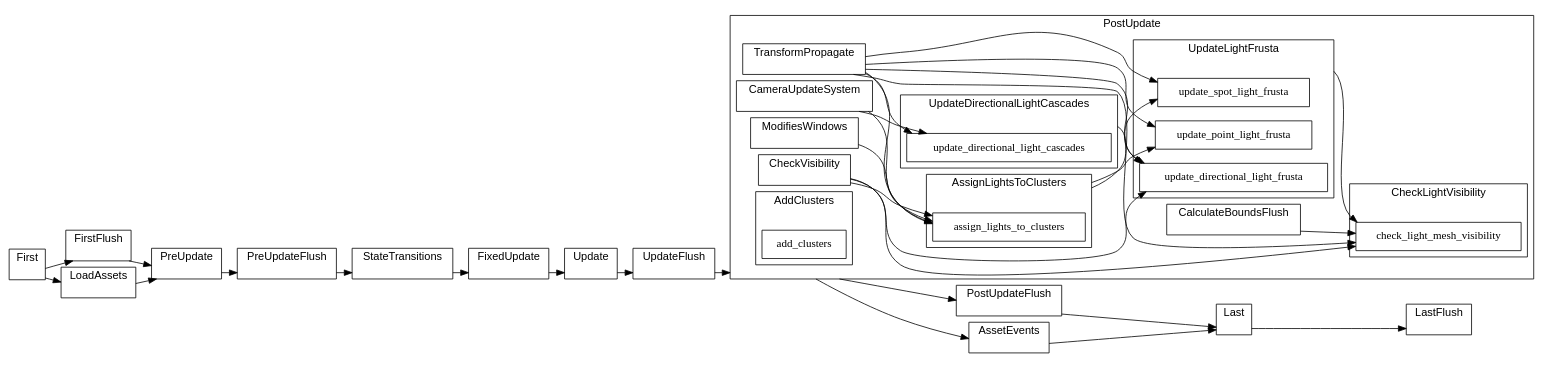
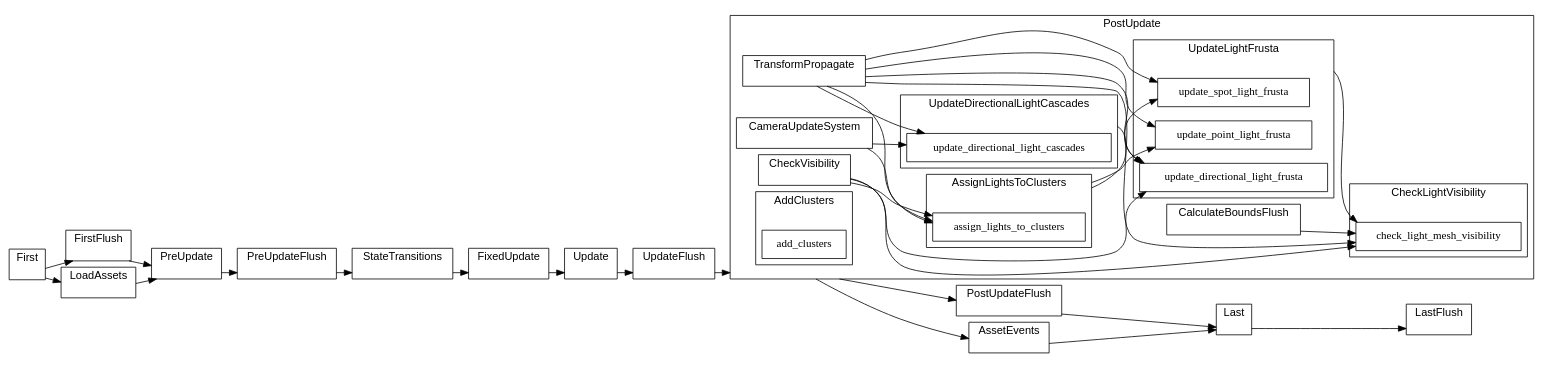
The diagram in docs/by-crate/light/schedule_Main_bevy_pbr.dot (jakobhellermann/bevy_mod_debugdump), drawn with Graphviz before and after one commit. The commit also changed 35 other files, not shown here.

```diff
--- a/docs/by-crate/light/schedule_Main_bevy_pbr.dot
+++ b/docs/by-crate/light/schedule_Main_bevy_pbr.dot
@@ -1,192 +1,185 @@
 digraph "schedule" {
 	"compound"="true";
 	"splines"="spline";
 	"rankdir"="LR";
 	"bgcolor"="white";
 	"fontname"="Helvetica";
 	node ["shape"="box", "style"="filled", "fillcolor"="white", "color"="black"];
 	edge ["color"="black"];
 	subgraph "clusternode_Set(0)" {
 		"label"="Update";
 		"bgcolor"="white";
 		"set_marker_node_Set(0)" ["style"="invis", "label"="", "height"="0", "shape"="point"]
 	}
 	
 	subgraph "clusternode_Set(2)" {
 		"label"="FirstFlush";
 		"bgcolor"="white";
 		"set_marker_node_Set(2)" ["style"="invis", "label"="", "height"="0", "shape"="point"]
 	}
 	
 	subgraph "clusternode_Set(3)" {
 		"label"="PreUpdateFlush";
 		"bgcolor"="white";
 		"set_marker_node_Set(3)" ["style"="invis", "label"="", "height"="0", "shape"="point"]
 	}
 	
 	subgraph "clusternode_Set(4)" {
 		"label"="UpdateFlush";
 		"bgcolor"="white";
 		"set_marker_node_Set(4)" ["style"="invis", "label"="", "height"="0", "shape"="point"]
 	}
 	
 	subgraph "clusternode_Set(5)" {
 		"label"="PostUpdateFlush";
 		"bgcolor"="white";
 		"set_marker_node_Set(5)" ["style"="invis", "label"="", "height"="0", "shape"="point"]
 	}
 	
 	subgraph "clusternode_Set(6)" {
 		"label"="LastFlush";
 		"bgcolor"="white";
 		"set_marker_node_Set(6)" ["style"="invis", "label"="", "height"="0", "shape"="point"]
 	}
 	
 	subgraph "clusternode_Set(7)" {
 		"label"="First";
 		"bgcolor"="white";
 		"set_marker_node_Set(7)" ["style"="invis", "label"="", "height"="0", "shape"="point"]
 	}
 	
 	subgraph "clusternode_Set(8)" {
 		"label"="PreUpdate";
 		"bgcolor"="white";
 		"set_marker_node_Set(8)" ["style"="invis", "label"="", "height"="0", "shape"="point"]
 	}
 	
 	subgraph "clusternode_Set(9)" {
 		"label"="StateTransitions";
 		"bgcolor"="white";
 		"set_marker_node_Set(9)" ["style"="invis", "label"="", "height"="0", "shape"="point"]
 	}
 	
 	subgraph "clusternode_Set(10)" {
 		"label"="FixedUpdate";
 		"bgcolor"="white";
 		"set_marker_node_Set(10)" ["style"="invis", "label"="", "height"="0", "shape"="point"]
 	}
 	
 	subgraph "clusternode_Set(11)" {
 		"label"="PostUpdate";
 		"bgcolor"="white";
 		"set_marker_node_Set(11)" ["style"="invis", "label"="", "height"="0", "shape"="point"]
 		subgraph "clusternode_Set(20)" {
 			"label"="TransformPropagate";
 			"bgcolor"="white";
 			"set_marker_node_Set(20)" ["style"="invis", "label"="", "height"="0", "shape"="point"]
 		}
 		
-		subgraph "clusternode_Set(70)" {
-			"label"="ModifiesWindows";
+		subgraph "clusternode_Set(76)" {
+			"label"="CameraUpdateSystem";
 			"bgcolor"="white";
-			"set_marker_node_Set(70)" ["style"="invis", "label"="", "height"="0", "shape"="point"]
+			"set_marker_node_Set(76)" ["style"="invis", "label"="", "height"="0", "shape"="point"]
 		}
 		
-		subgraph "clusternode_Set(77)" {
-			"label"="CameraUpdateSystem";
+		subgraph "clusternode_Set(81)" {
+			"label"="CalculateBoundsFlush";
 			"bgcolor"="white";
-			"set_marker_node_Set(77)" ["style"="invis", "label"="", "height"="0", "shape"="point"]
+			"set_marker_node_Set(81)" ["style"="invis", "label"="", "height"="0", "shape"="point"]
 		}
 		
-		subgraph "clusternode_Set(82)" {
-			"label"="CalculateBoundsFlush";
+		subgraph "clusternode_Set(85)" {
+			"label"="CheckVisibility";
 			"bgcolor"="white";
-			"set_marker_node_Set(82)" ["style"="invis", "label"="", "height"="0", "shape"="point"]
+			"set_marker_node_Set(85)" ["style"="invis", "label"="", "height"="0", "shape"="point"]
 		}
 		
-		subgraph "clusternode_Set(86)" {
-			"label"="CheckVisibility";
-			"bgcolor"="white";
-			"set_marker_node_Set(86)" ["style"="invis", "label"="", "height"="0", "shape"="point"]
-		}
-		
-		subgraph "clusternode_Set(128)" {
+		subgraph "clusternode_Set(127)" {
 			"label"="AddClusters";
 			"bgcolor"="white";
-			"set_marker_node_Set(128)" ["style"="invis", "label"="", "height"="0", "shape"="point"]
+			"set_marker_node_Set(127)" ["style"="invis", "label"="", "height"="0", "shape"="point"]
 			"node_System(104)" ["label"="add_clusters"]
 		}
 		
-		subgraph "clusternode_Set(130)" {
+		subgraph "clusternode_Set(129)" {
 			"label"="AssignLightsToClusters";
 			"bgcolor"="white";
-			"set_marker_node_Set(130)" ["style"="invis", "label"="", "height"="0", "shape"="point"]
+			"set_marker_node_Set(129)" ["style"="invis", "label"="", "height"="0", "shape"="point"]
 			"node_System(106)" ["label"="assign_lights_to_clusters"]
 		}
 		
-		subgraph "clusternode_Set(131)" {
+		subgraph "clusternode_Set(130)" {
 			"label"="CheckLightVisibility";
 			"bgcolor"="white";
-			"set_marker_node_Set(131)" ["style"="invis", "label"="", "height"="0", "shape"="point"]
+			"set_marker_node_Set(130)" ["style"="invis", "label"="", "height"="0", "shape"="point"]
 			"node_System(111)" ["label"="check_light_mesh_visibility"]
 		}
 		
-		subgraph "clusternode_Set(132)" {
+		subgraph "clusternode_Set(131)" {
 			"label"="UpdateDirectionalLightCascades";
 			"bgcolor"="white";
-			"set_marker_node_Set(132)" ["style"="invis", "label"="", "height"="0", "shape"="point"]
+			"set_marker_node_Set(131)" ["style"="invis", "label"="", "height"="0", "shape"="point"]
 			"node_System(107)" ["label"="update_directional_light_cascades"]
 		}
 		
-		subgraph "clusternode_Set(133)" {
+		subgraph "clusternode_Set(132)" {
 			"label"="UpdateLightFrusta";
 			"bgcolor"="white";
-			"set_marker_node_Set(133)" ["style"="invis", "label"="", "height"="0", "shape"="point"]
+			"set_marker_node_Set(132)" ["style"="invis", "label"="", "height"="0", "shape"="point"]
 			"node_System(108)" ["label"="update_directional_light_frusta"]
 			"node_System(109)" ["label"="update_point_light_frusta"]
 			"node_System(110)" ["label"="update_spot_light_frusta"]
 		}
 		
 	}
 	
 	subgraph "clusternode_Set(12)" {
 		"label"="Last";
 		"bgcolor"="white";
 		"set_marker_node_Set(12)" ["style"="invis", "label"="", "height"="0", "shape"="point"]
 	}
 	
 	subgraph "clusternode_Set(58)" {
 		"label"="LoadAssets";
 		"bgcolor"="white";
 		"set_marker_node_Set(58)" ["style"="invis", "label"="", "height"="0", "shape"="point"]
 	}
 	
 	subgraph "clusternode_Set(59)" {
 		"label"="AssetEvents";
 		"bgcolor"="white";
 		"set_marker_node_Set(59)" ["style"="invis", "label"="", "height"="0", "shape"="point"]
 	}
 	
 	"set_marker_node_Set(7)" -> "set_marker_node_Set(2)" ["lhead"="clusternode_Set(2)", "ltail"="clusternode_Set(7)"]
 	"set_marker_node_Set(2)" -> "set_marker_node_Set(8)" ["lhead"="clusternode_Set(8)", "ltail"="clusternode_Set(2)"]
 	"set_marker_node_Set(8)" -> "set_marker_node_Set(3)" ["lhead"="clusternode_Set(3)", "ltail"="clusternode_Set(8)"]
 	"set_marker_node_Set(3)" -> "set_marker_node_Set(9)" ["lhead"="clusternode_Set(9)", "ltail"="clusternode_Set(3)"]
 	"set_marker_node_Set(9)" -> "set_marker_node_Set(10)" ["lhead"="clusternode_Set(10)", "ltail"="clusternode_Set(9)"]
 	"set_marker_node_Set(10)" -> "set_marker_node_Set(0)" ["lhead"="clusternode_Set(0)", "ltail"="clusternode_Set(10)"]
 	"set_marker_node_Set(0)" -> "set_marker_node_Set(4)" ["lhead"="clusternode_Set(4)", "ltail"="clusternode_Set(0)"]
 	"set_marker_node_Set(4)" -> "set_marker_node_Set(11)" ["lhead"="clusternode_Set(11)", "ltail"="clusternode_Set(4)"]
 	"set_marker_node_Set(11)" -> "set_marker_node_Set(5)" ["lhead"="clusternode_Set(5)", "ltail"="clusternode_Set(11)"]
 	"set_marker_node_Set(5)" -> "set_marker_node_Set(12)" ["lhead"="clusternode_Set(12)", "ltail"="clusternode_Set(5)"]
 	"set_marker_node_Set(12)" -> "set_marker_node_Set(6)" ["lhead"="clusternode_Set(6)", "ltail"="clusternode_Set(12)"]
 	"set_marker_node_Set(58)" -> "set_marker_node_Set(8)" ["lhead"="clusternode_Set(8)", "ltail"="clusternode_Set(58)"]
 	"set_marker_node_Set(7)" -> "set_marker_node_Set(58)" ["lhead"="clusternode_Set(58)", "ltail"="clusternode_Set(7)"]
 	"set_marker_node_Set(11)" -> "set_marker_node_Set(59)" ["lhead"="clusternode_Set(59)", "ltail"="clusternode_Set(11)"]
 	"set_marker_node_Set(59)" -> "set_marker_node_Set(12)" ["lhead"="clusternode_Set(12)", "ltail"="clusternode_Set(59)"]
 	"set_marker_node_Set(20)" -> "node_System(106)" ["lhead"="", "ltail"="clusternode_Set(20)"]
-	"set_marker_node_Set(86)" -> "node_System(106)" ["lhead"="", "ltail"="clusternode_Set(86)"]
-	"set_marker_node_Set(77)" -> "node_System(106)" ["lhead"="", "ltail"="clusternode_Set(77)"]
-	"set_marker_node_Set(70)" -> "node_System(106)" ["lhead"="", "ltail"="clusternode_Set(70)"]
+	"set_marker_node_Set(85)" -> "node_System(106)" ["lhead"="", "ltail"="clusternode_Set(85)"]
+	"set_marker_node_Set(76)" -> "node_System(106)" ["lhead"="", "ltail"="clusternode_Set(76)"]
 	"set_marker_node_Set(20)" -> "node_System(107)" ["lhead"="", "ltail"="clusternode_Set(20)"]
-	"set_marker_node_Set(77)" -> "node_System(107)" ["lhead"="", "ltail"="clusternode_Set(77)"]
-	"set_marker_node_Set(86)" -> "node_System(108)" ["lhead"="", "ltail"="clusternode_Set(86)"]
+	"set_marker_node_Set(76)" -> "node_System(107)" ["lhead"="", "ltail"="clusternode_Set(76)"]
+	"set_marker_node_Set(85)" -> "node_System(108)" ["lhead"="", "ltail"="clusternode_Set(85)"]
 	"set_marker_node_Set(20)" -> "node_System(108)" ["lhead"="", "ltail"="clusternode_Set(20)"]
-	"set_marker_node_Set(132)" -> "node_System(108)" ["lhead"="", "ltail"="clusternode_Set(132)"]
+	"set_marker_node_Set(131)" -> "node_System(108)" ["lhead"="", "ltail"="clusternode_Set(131)"]
 	"set_marker_node_Set(20)" -> "node_System(109)" ["lhead"="", "ltail"="clusternode_Set(20)"]
-	"set_marker_node_Set(130)" -> "node_System(109)" ["lhead"="", "ltail"="clusternode_Set(130)"]
+	"set_marker_node_Set(129)" -> "node_System(109)" ["lhead"="", "ltail"="clusternode_Set(129)"]
 	"set_marker_node_Set(20)" -> "node_System(110)" ["lhead"="", "ltail"="clusternode_Set(20)"]
-	"set_marker_node_Set(130)" -> "node_System(110)" ["lhead"="", "ltail"="clusternode_Set(130)"]
-	"set_marker_node_Set(82)" -> "node_System(111)" ["lhead"="", "ltail"="clusternode_Set(82)"]
+	"set_marker_node_Set(129)" -> "node_System(110)" ["lhead"="", "ltail"="clusternode_Set(129)"]
+	"set_marker_node_Set(81)" -> "node_System(111)" ["lhead"="", "ltail"="clusternode_Set(81)"]
 	"set_marker_node_Set(20)" -> "node_System(111)" ["lhead"="", "ltail"="clusternode_Set(20)"]
-	"set_marker_node_Set(133)" -> "node_System(111)" ["lhead"="", "ltail"="clusternode_Set(133)"]
-	"set_marker_node_Set(86)" -> "node_System(111)" ["lhead"="", "ltail"="clusternode_Set(86)"]
+	"set_marker_node_Set(132)" -> "node_System(111)" ["lhead"="", "ltail"="clusternode_Set(132)"]
+	"set_marker_node_Set(85)" -> "node_System(111)" ["lhead"="", "ltail"="clusternode_Set(85)"]
 }
```
